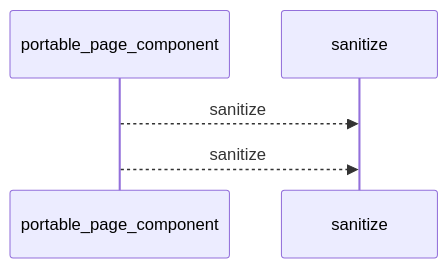
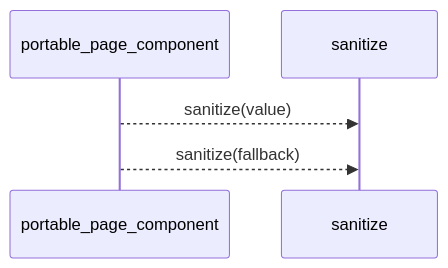
One commit to Denissvgn/python-wiki-llm changed the first of 2 diagrams in docs/llm_wiki/flows/api-portable_page_component.md. Above: the diagram before and after it, drawn with Mermaid. The commit also changed other lines of this file and 1410 other files, not shown here.

````diff
--- a/docs/llm_wiki/flows/api-portable_page_component.md
+++ b/docs/llm_wiki/flows/api-portable_page_component.md
@@ -10,7 +12,7 @@
 ```mermaid
 sequenceDiagram
     participant p0 as portable_page_component
     participant p1 as sanitize
-    p0-->>p1: sanitize
-    p0-->>p1: sanitize
+    p0-->>p1: sanitize(value)
+    p0-->>p1: sanitize(fallback)
 ```
````
